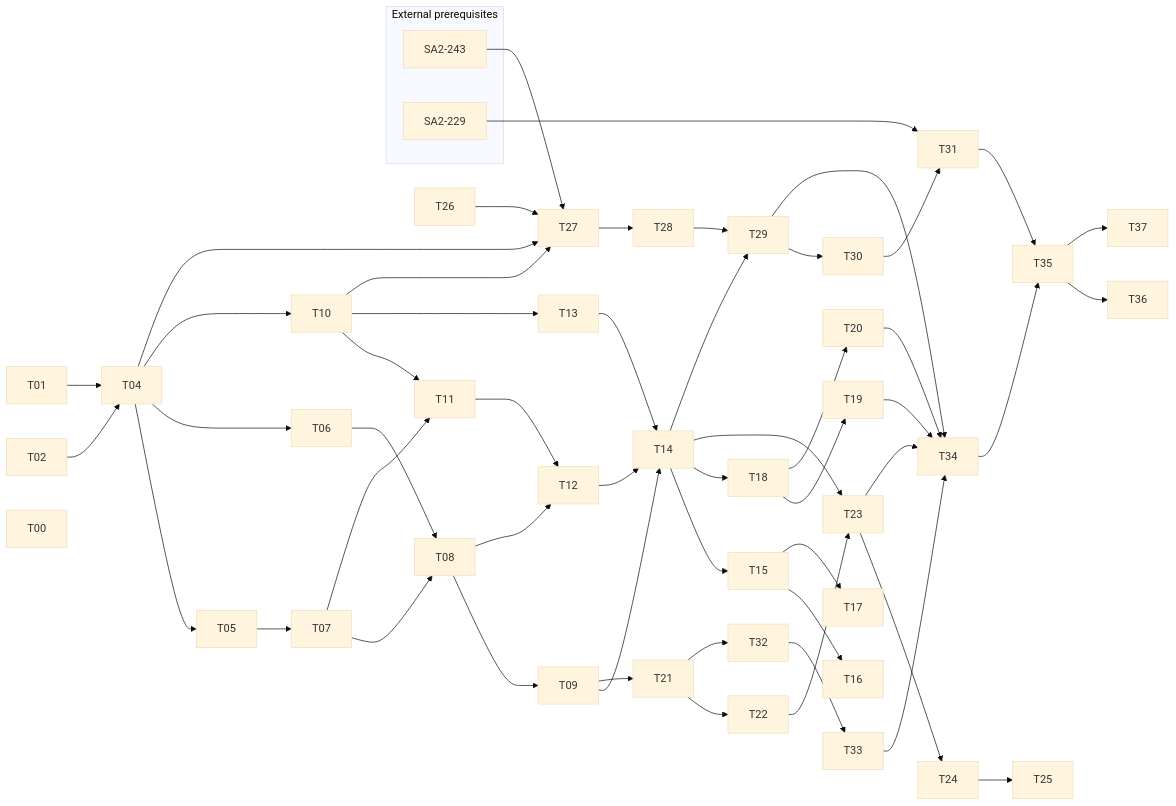
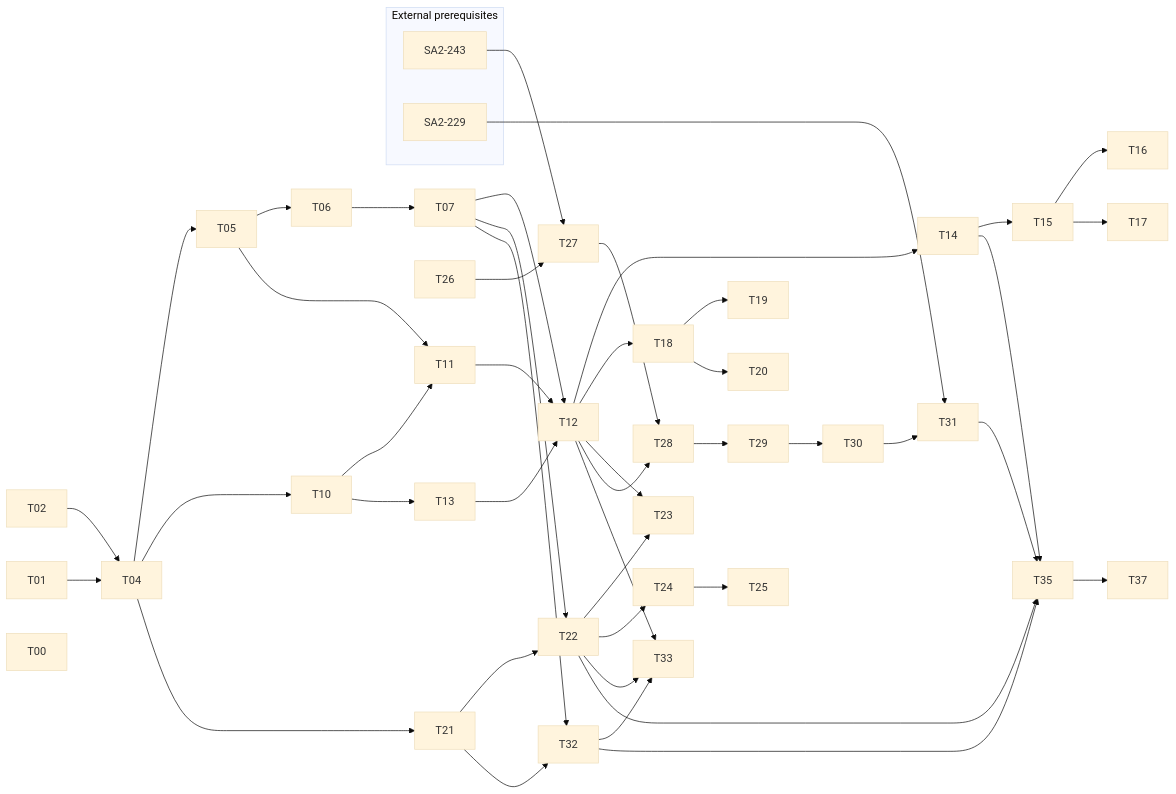
The second of 2 diagrams in docs/design/data-model-v2.md (HIRO15254/sapphire2), drawn with Mermaid (base theme) before and after one commit. The commit also changed other lines of this file and 2 other files, not shown here.

````diff
--- a/docs/design/data-model-v2.md
+++ b/docs/design/data-model-v2.md
@@ -1105,59 +1109,53 @@
 ```mermaid
 flowchart LR
     subgraph ext [External prerequisites]
         SA2_243["SA2-243"]
         SA2_229["SA2-229"]
     end
 
     T02 --> T04
     T01 --> T04
     T04 --> T05
-    T04 --> T06
-    T05 --> T07
-    T06 --> T08
-    T07 --> T08
-    T08 --> T09
+    T05 --> T06
+    T06 --> T07
     T04 --> T10
-    T07 --> T11
+    T05 --> T11
     T10 --> T11
-    T08 --> T12
+    T10 --> T13
+    T07 --> T12
     T11 --> T12
-    T10 --> T13
-    T09 --> T14
+    T13 --> T12
     T12 --> T14
-    T13 --> T14
     T14 --> T15
     T15 --> T16
     T15 --> T17
-    T14 --> T18
+    T12 --> T18
     T18 --> T19
     T18 --> T20
-    T09 --> T21
+    T04 --> T21
+    T07 --> T22
     T21 --> T22
-    T14 --> T23
+    T12 --> T23
     T22 --> T23
-    T23 --> T24
+    T22 --> T24
     T24 --> T25
-    T04 --> T27
-    T10 --> T27
     T26 --> T27
     SA2_243 --> T27
     T27 --> T28
-    T14 --> T29
+    T12 --> T28
     T28 --> T29
     T29 --> T30
     T30 --> T31
     SA2_229 --> T31
+    T07 --> T32
     T21 --> T32
+    T12 --> T33
+    T22 --> T33
     T32 --> T33
-    T19 --> T34
-    T20 --> T34
-    T23 --> T34
-    T29 --> T34
-    T33 --> T34
+    T14 --> T35
+    T22 --> T35
     T31 --> T35
-    T34 --> T35
-    T35 --> T36
+    T32 --> T35
     T35 --> T37
     T00
 ```
````
